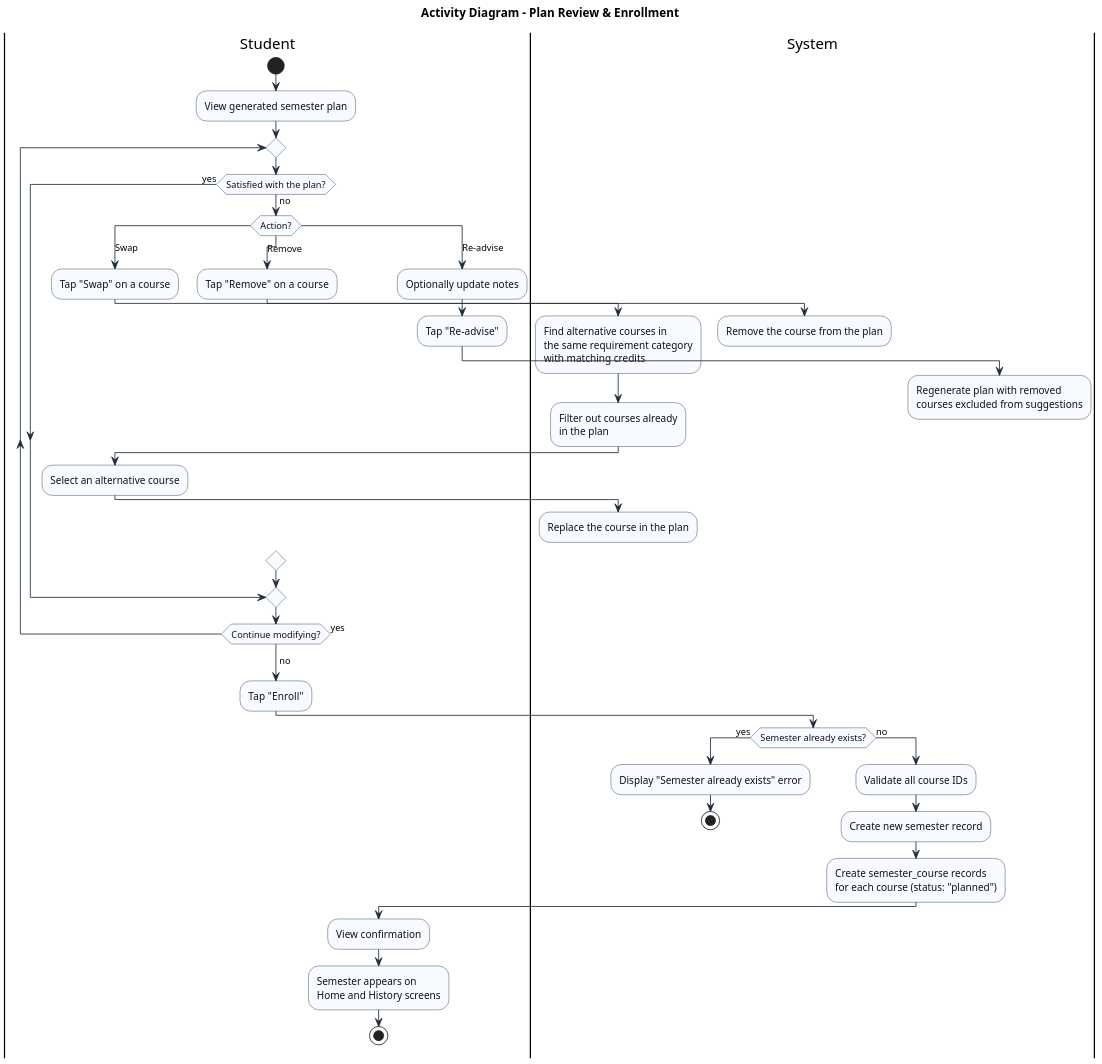
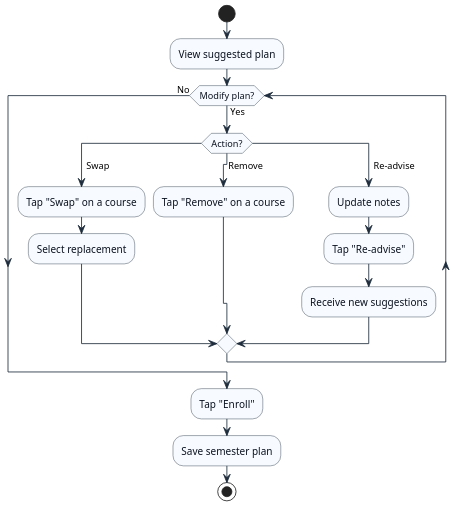
Before and after one commit to idrisaltamimi/smart-advisor: the third of 4 diagrams in docs/activity-diagrams.md, drawn with PlantUML. The commit also changed other lines of this file, not shown here.

Commit message:
added activity diagrams

````diff
--- a/docs/activity-diagrams.md
+++ b/docs/activity-diagrams.md
@@ -185,80 +106,27 @@
 skinparam ActivityDiamondBackgroundColor #F7FBFF
 skinparam ActivityDiamondBorderColor #1F2D3D
 
-title Activity Diagram – Plan Review & Enrollment
 
-|Student|
 start
-:View generated semester plan;
+:View suggested plan;
 
-repeat
-
-  if (Satisfied with the plan?) then (yes)
-  else (no)
-
-    switch (Action?)
-    case (Swap)
-      :Tap "Swap" on a course;
-
-      |System|
-      :Find alternative courses in
-      the same requirement category
-      with matching credits;
-
-      :Filter out courses already
-      in the plan;
-
-      |Student|
-      :Select an alternative course;
-
-      |System|
-      :Replace the course in the plan;
-
-    case (Remove)
-      |Student|
-      :Tap "Remove" on a course;
-
-      |System|
-      :Remove the course from the plan;
-
-    case (Re-advise)
-      |Student|
-      :Optionally update notes;
-      :Tap "Re-advise";
-
-      |System|
-      :Regenerate plan with removed
-      courses excluded from suggestions;
-
-    endswitch
-
-    |Student|
-
-  endif
-
-repeat while (Continue modifying?) is (yes)
--> no;
+while (Modify plan?) is (Yes)
+  switch (Action?)
+  case (  Swap)
+    :Tap "Swap" on a course;
+    :Select replacement;
+  case (  Remove)
+    :Tap "Remove" on a course;
+  case (  Re-advise)
+    :Update notes;
+    :Tap "Re-advise";
+    :Receive new suggestions;
+  endswitch
+endwhile (No)
 
 :Tap "Enroll";
-
-|System|
-if (Semester already exists?) then (yes)
-  :Display "Semester already exists" error;
-  stop
-else (no)
-  :Validate all course IDs;
-
-  :Create new semester record;
-
-  :Create semester_course records
-  for each course (status: "planned");
-
-  |Student|
-  :View confirmation;
-  :Semester appears on
-  Home and History screens;
-  stop
-endif
+:Save semester plan;
+stop
 
 @enduml
 ```
````
